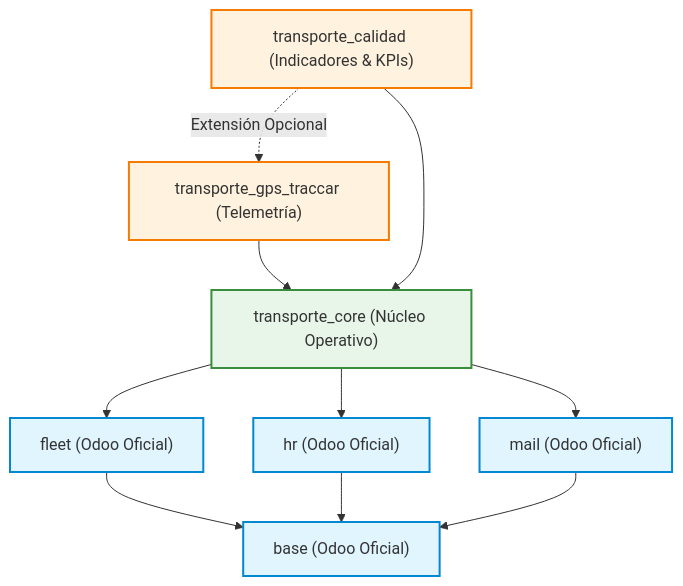
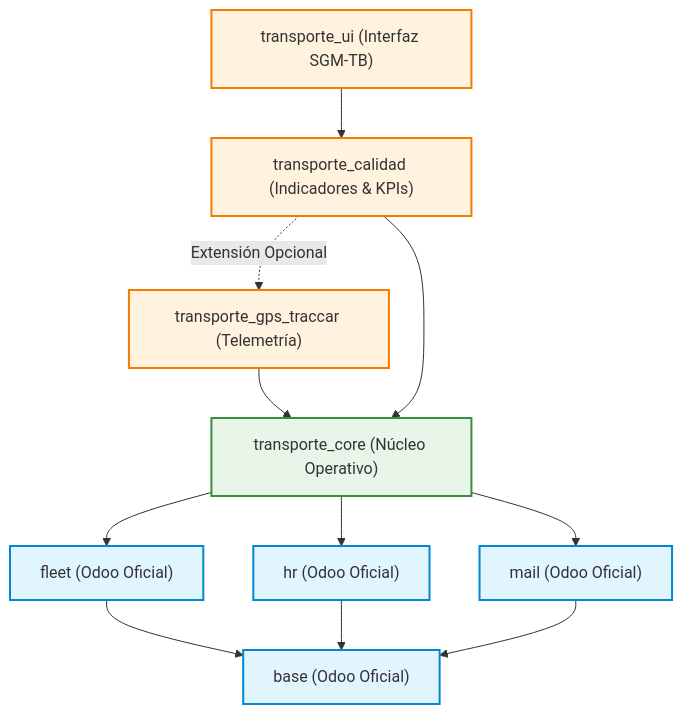
The first of 3 diagrams in docs/ARQUITECTURA.md (JorgeAlexand1/SGM-TB-Transporte), drawn with Mermaid before and after one commit. The commit also changed other lines of this file and 4 other files, not shown here.

````diff
--- a/docs/ARQUITECTURA.md
+++ b/docs/ARQUITECTURA.md
@@ -24,27 +24,29 @@
 ```mermaid
 graph TD
     classDef official fill:#e1f5fe,stroke:#0288d1,stroke-width:2px;
     classDef customCore fill:#e8f5e9,stroke:#388e3c,stroke-width:2px;
     classDef customUpper fill:#fff3e0,stroke:#f57c00,stroke-width:2px;
 
     Base["base (Odoo Oficial)"]:::official
     Fleet["fleet (Odoo Oficial)"]:::official
     HR["hr (Odoo Oficial)"]:::official
     Mail["mail (Odoo Oficial)"]:::official
 
     Core["transporte_core (Núcleo Operativo)"]:::customCore
     GPS["transporte_gps_traccar (Telemetría)"]:::customUpper
     Calidad["transporte_calidad (Indicadores & KPIs)"]:::customUpper
+    UIMod["transporte_ui (Interfaz SGM-TB)"]:::customUpper
 
     Fleet --> Base
     HR --> Base
     Mail --> Base
 
     Core --> Fleet
     Core --> HR
     Core --> Mail
 
     GPS --> Core
     Calidad --> Core
     Calidad -.->|Extensión Opcional| GPS
+    UIMod --> Calidad
 ```
````
